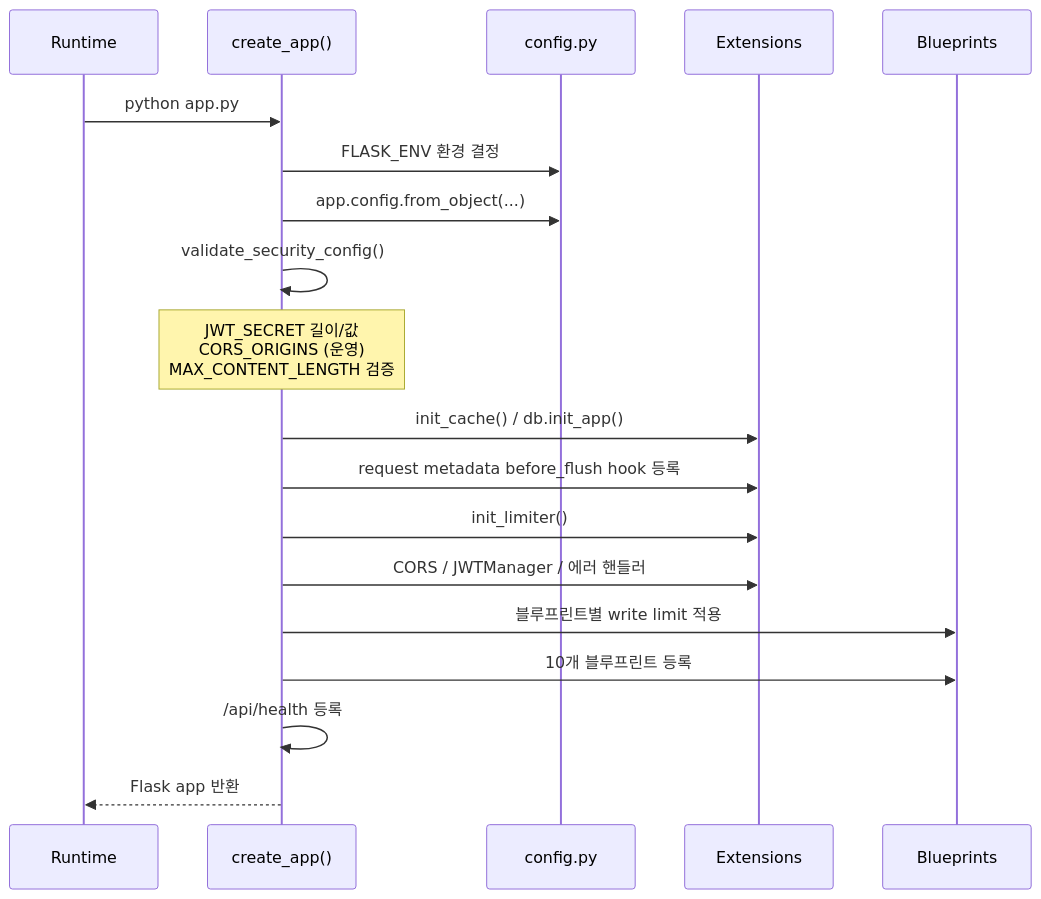
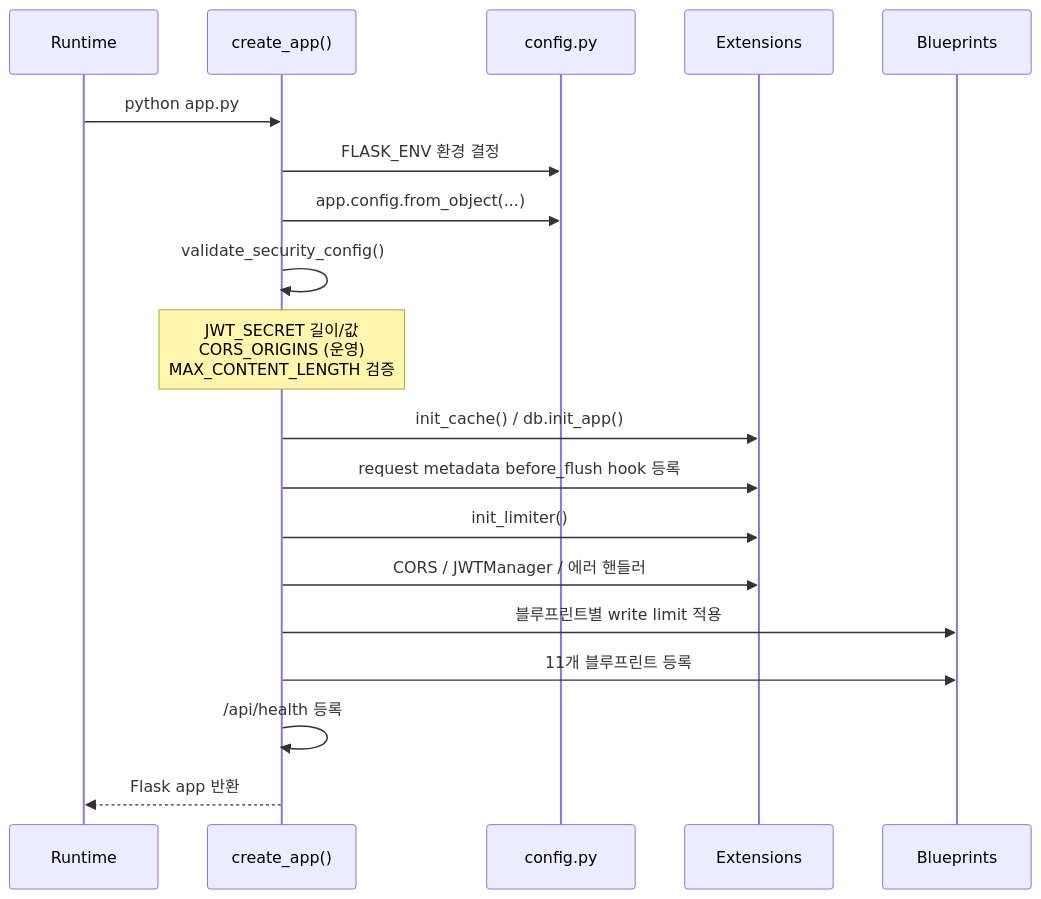
One commit to hanjm-github/beomseo.in changed the second of 3 diagrams in backend/README.md. Above: the diagram before and after it, drawn with Mermaid. The commit also changed other lines of this file and 44 other files, not shown here.

````diff
--- a/backend/README.md
+++ b/backend/README.md
@@ -80,22 +104,22 @@
 ```mermaid
 sequenceDiagram
     participant R as Runtime
     participant A as create_app()
     participant C as config.py
     participant E as Extensions
     participant B as Blueprints
 
     R->>A: python app.py
     A->>C: FLASK_ENV 환경 결정
     A->>C: app.config.from_object(...)
     A->>A: validate_security_config()
     Note over A: JWT_SECRET 길이/값<br/>CORS_ORIGINS (운영)<br/>MAX_CONTENT_LENGTH 검증
     A->>E: init_cache() / db.init_app()
     A->>E: request metadata before_flush hook 등록
     A->>E: init_limiter()
     A->>E: CORS / JWTManager / 에러 핸들러
     A->>B: 블루프린트별 write limit 적용
-    A->>B: 10개 블루프린트 등록
+    A->>B: 11개 블루프린트 등록
     A->>A: /api/health 등록
     A-->>R: Flask app 반환
 ```
````
